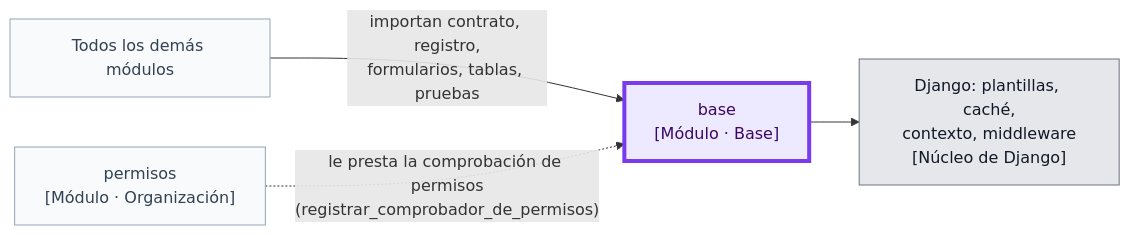
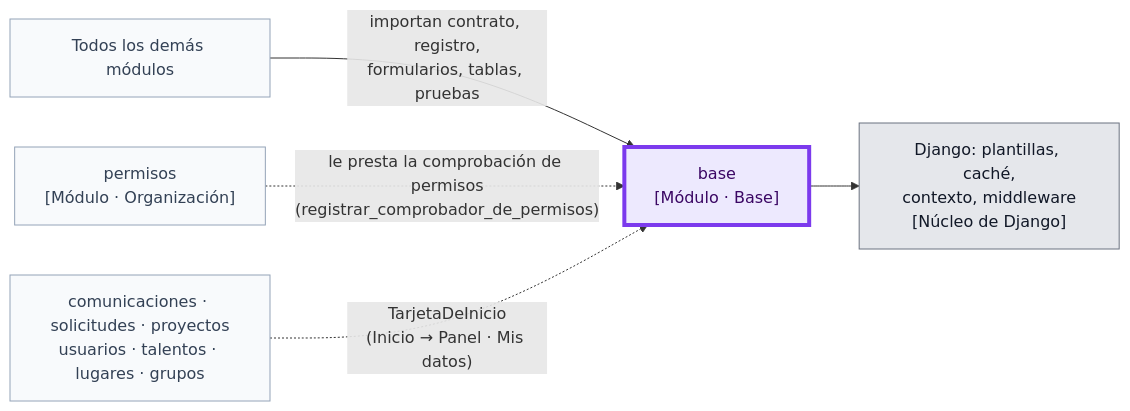
One commit to chemabc/groupy changed the sixth of 34 diagrams in docs/arquitectura.md. Above: the diagram before and after it, drawn with Mermaid. The commit also changed other lines of this file and 40 other files, not shown here.

First line of the commit message:
Inicio: Panel (dashboard) y Mis datos, con tarjetas que aporta cada módulo

````diff
--- a/docs/arquitectura.md
+++ b/docs/arquitectura.md
@@ -270,14 +285,16 @@
 ```mermaid
 flowchart LR
   classDef capabase fill:#ede9fe,stroke:#7c3aed,color:#3b0764
   classDef yo fill:#ede9fe,stroke:#7c3aed,stroke-width:4px,color:#3b0764
   classDef otro fill:#f8fafc,stroke:#94a3b8,color:#334155
   classDef django fill:#e5e7eb,stroke:#6b7280,color:#111827
   base["base<br/>[Módulo · Base]"]:::yo
   todos["Todos los demás módulos"]:::otro
   permisos["permisos<br/>[Módulo · Organización]"]:::otro
   dj["Django: plantillas, caché,<br/>contexto, middleware<br/>[Núcleo de Django]"]:::django
   todos -- "importan contrato, registro,<br/>formularios, tablas, pruebas" --> base
   permisos -. "le presta la comprobación de permisos<br/>(registrar_comprobador_de_permisos)" .-> base
+  tarjetas["comunicaciones · solicitudes · proyectos<br/>usuarios · talentos · lugares · grupos"]:::otro
+  tarjetas -. "TarjetaDeInicio<br/>(Inicio → Panel · Mis datos)" .-> base
   base --> dj
 ```
````
